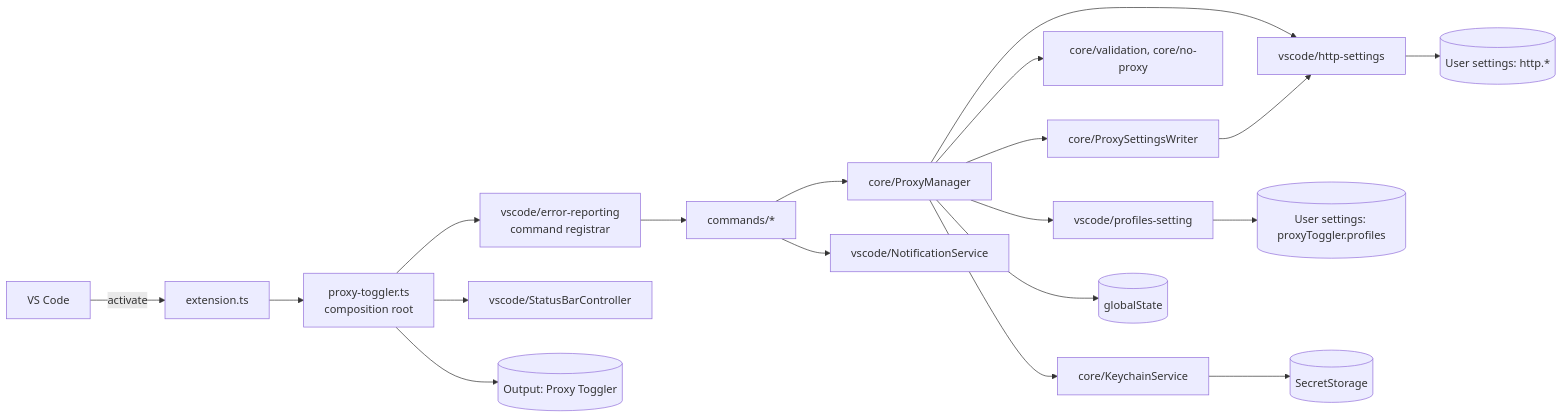
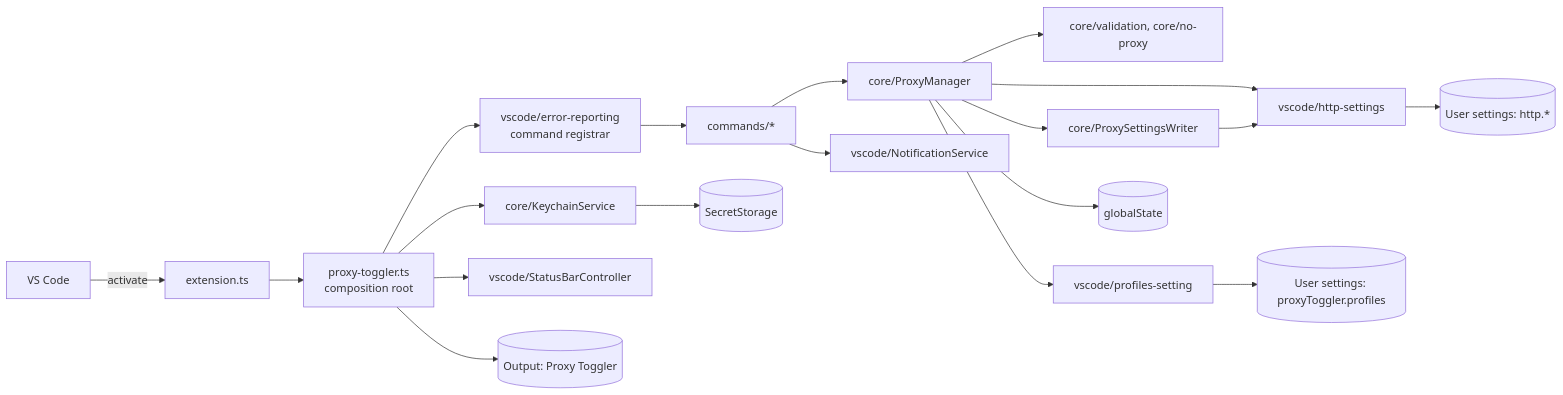
One commit to bluecloud-dev/proxy-toggler changed the diagram in ARCHITECTURE.md. Above: the diagram before and after it, drawn with Mermaid. The commit also changed other lines of this file and 33 other files, not shown here.

````diff
--- a/ARCHITECTURE.md
+++ b/ARCHITECTURE.md
@@ -33,21 +33,21 @@
 ```mermaid
 flowchart LR
   vscodeHost["VS Code"] -->|activate| extension["extension.ts"]
   extension --> root["proxy-toggler.ts<br/>composition root"]
   root --> registrar["vscode/error-reporting<br/>command registrar"]
   registrar --> commands["commands/*"]
   commands --> manager["core/ProxyManager"]
   commands --> notifications["vscode/NotificationService"]
-  manager --> keychain["core/KeychainService"]
   manager --> validation["core/validation, core/no-proxy"]
   manager --> writer["core/ProxySettingsWriter"]
   manager --> httpSettings["vscode/http-settings"]
   manager --> profilesSetting["vscode/profiles-setting"]
   writer --> httpSettings
   profilesSetting --> profiles[("User settings: proxyToggler.profiles")]
+  root --> keychain["core/KeychainService"]
   keychain --> secrets[("SecretStorage")]
   manager --> state[("globalState")]
   httpSettings --> settings[("User settings: http.*")]
   root --> statusBar["vscode/StatusBarController"]
   root --> logger[("Output: Proxy Toggler")]
 ```
````
